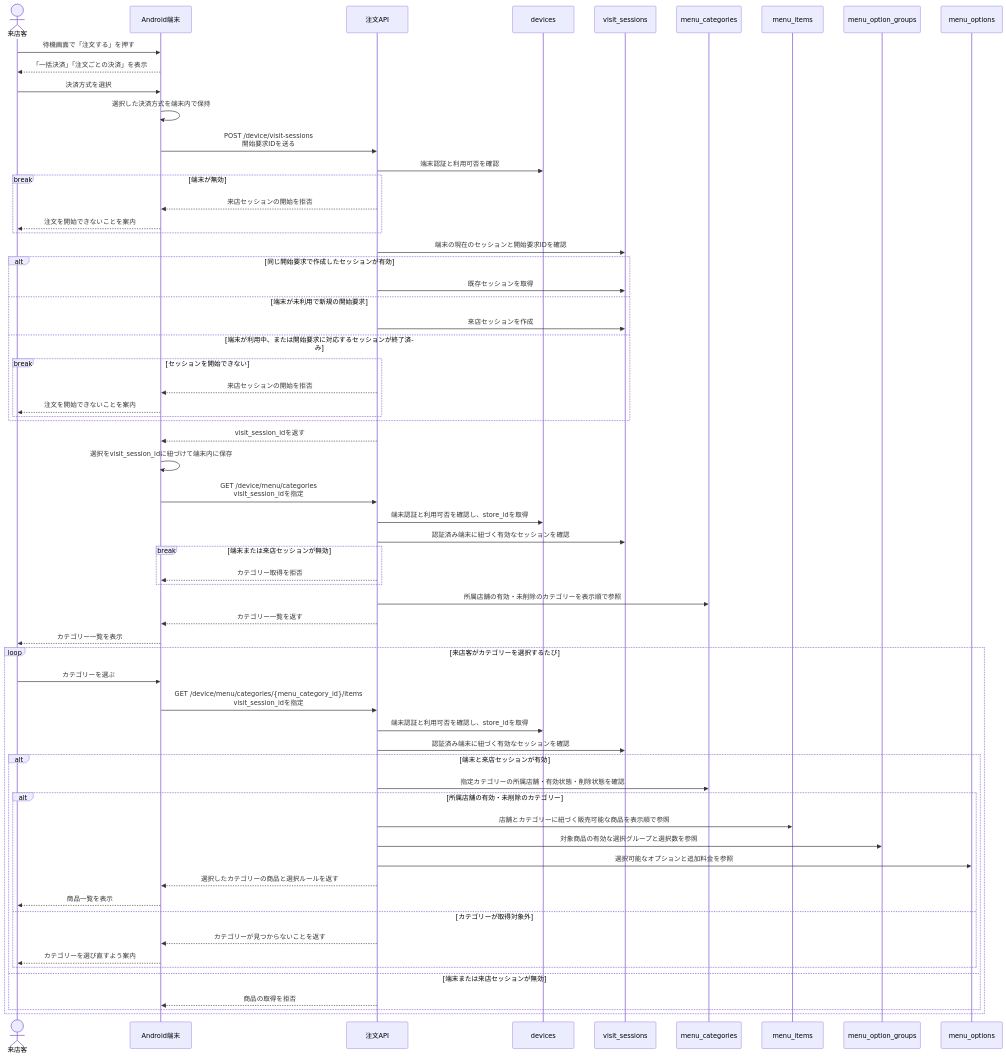
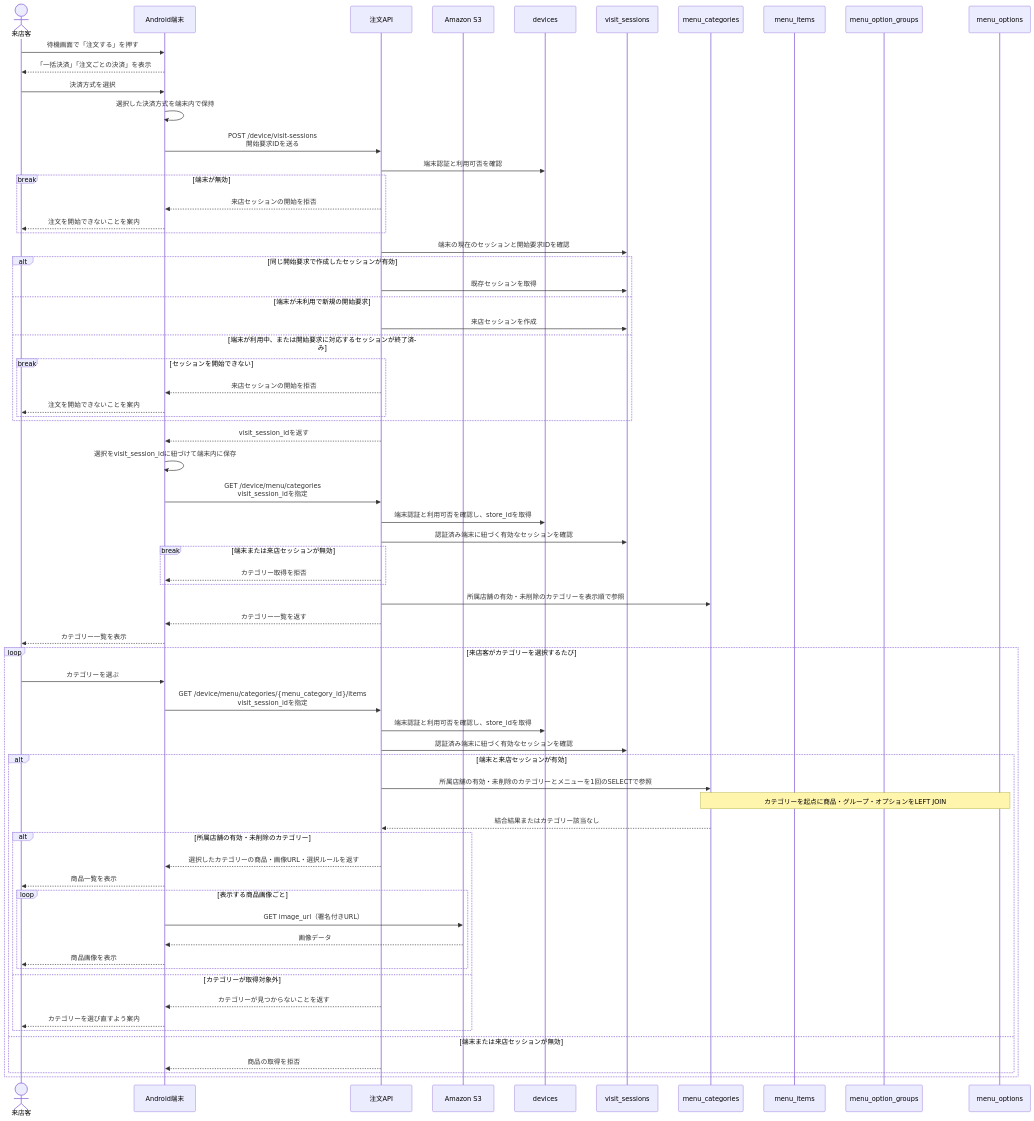
One commit to terao06/teraid-pay-api changed the third of 8 diagrams in docs/メニューオーダーフロー.md. Above: the diagram before and after it, drawn with Mermaid. The commit also changed other lines of this file and 23 other files, not shown here.

````diff
--- a/docs/メニューオーダーフロー.md
+++ b/docs/メニューオーダーフロー.md
@@ -88,68 +88,73 @@
 ```mermaid
 sequenceDiagram
     actor Guest as 来店客
     participant Device as Android端末
     participant API as 注文API
+    participant S3 as Amazon S3
     participant Devices as devices
     participant Visits as visit_sessions
     participant Categories as menu_categories
     participant Items as menu_items
     participant Groups as menu_option_groups
     participant Options as menu_options
 
     Guest->>Device: 待機画面で「注文する」を押す
     Device-->>Guest: 「一括決済」「注文ごとの決済」を表示
     Guest->>Device: 決済方式を選択
     Device->>Device: 選択した決済方式を端末内で保持
     Device->>API: POST /device/visit-sessions<br/>開始要求IDを送る
     API->>Devices: 端末認証と利用可否を確認
     break 端末が無効
         API-->>Device: 来店セッションの開始を拒否
         Device-->>Guest: 注文を開始できないことを案内
     end
     API->>Visits: 端末の現在のセッションと開始要求IDを確認
     alt 同じ開始要求で作成したセッションが有効
         API->>Visits: 既存セッションを取得
     else 端末が未利用で新規の開始要求
         API->>Visits: 来店セッションを作成
     else 端末が利用中、または開始要求に対応するセッションが終了済み
         break セッションを開始できない
             API-->>Device: 来店セッションの開始を拒否
             Device-->>Guest: 注文を開始できないことを案内
         end
     end
     API-->>Device: visit_session_idを返す
     Device->>Device: 選択をvisit_session_idに紐づけて端末内に保存
 
     Device->>API: GET /device/menu/categories<br/>visit_session_idを指定
     API->>Devices: 端末認証と利用可否を確認し、store_idを取得
     API->>Visits: 認証済み端末に紐づく有効なセッションを確認
     break 端末または来店セッションが無効
         API-->>Device: カテゴリー取得を拒否
     end
     API->>Categories: 所属店舗の有効・未削除のカテゴリーを表示順で参照
     API-->>Device: カテゴリー一覧を返す
     Device-->>Guest: カテゴリー一覧を表示
 
     loop 来店客がカテゴリーを選択するたび
         Guest->>Device: カテゴリーを選ぶ
         Device->>API: GET /device/menu/categories/{menu_category_id}/items<br/>visit_session_idを指定
         API->>Devices: 端末認証と利用可否を確認し、store_idを取得
         API->>Visits: 認証済み端末に紐づく有効なセッションを確認
         alt 端末と来店セッションが有効
-            API->>Categories: 指定カテゴリーの所属店舗・有効状態・削除状態を確認
+            API->>Categories: 所属店舗の有効・未削除のカテゴリーとメニューを1回のSELECTで参照
+            Note over Categories,Options: カテゴリーを起点に商品・グループ・オプションをLEFT JOIN
+            Categories-->>API: 結合結果またはカテゴリー該当なし
             alt 所属店舗の有効・未削除のカテゴリー
-                API->>Items: 店舗とカテゴリーに紐づく販売可能な商品を表示順で参照
-                API->>Groups: 対象商品の有効な選択グループと選択数を参照
-                API->>Options: 選択可能なオプションと追加料金を参照
-                API-->>Device: 選択したカテゴリーの商品と選択ルールを返す
+                API-->>Device: 選択したカテゴリーの商品・画像URL・選択ルールを返す
                 Device-->>Guest: 商品一覧を表示
+                loop 表示する商品画像ごと
+                    Device->>S3: GET image_url（署名付きURL）
+                    S3-->>Device: 画像データ
+                    Device-->>Guest: 商品画像を表示
+                end
             else カテゴリーが取得対象外
                 API-->>Device: カテゴリーが見つからないことを返す
                 Device-->>Guest: カテゴリーを選び直すよう案内
             end
         else 端末または来店セッションが無効
             API-->>Device: 商品の取得を拒否
         end
     end
 ```
````
